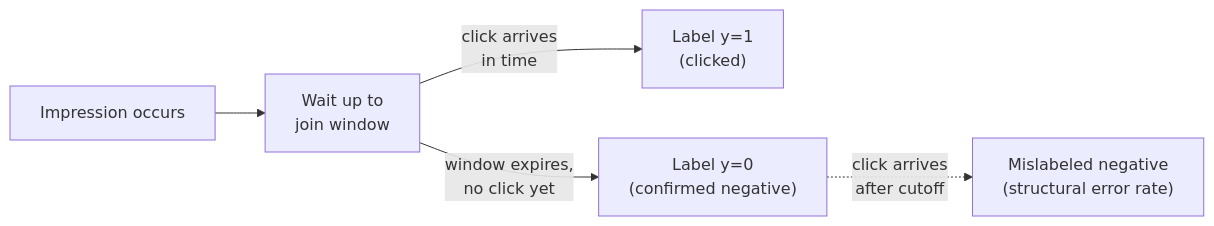
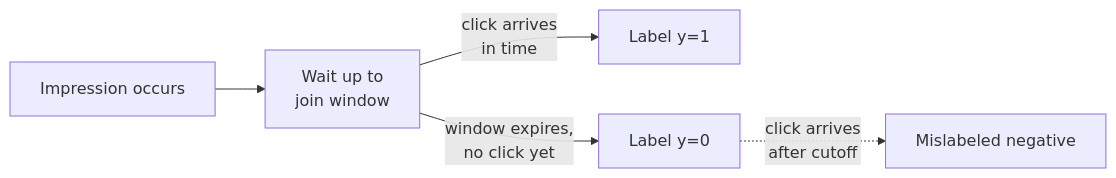
Before and after one commit to romancobblepot/AI-system-design-primer: the first of 7 diagrams in case-studies/ctr-prediction/README.md, drawn with Mermaid. The commit also changed other lines of this file and 49 other files, not shown here.

````diff
--- a/case-studies/ctr-prediction/README.md
+++ b/case-studies/ctr-prediction/README.md
@@ -27,7 +64,7 @@
 ```mermaid
 flowchart LR
     IMP["Impression occurs"] --> WAIT["Wait up to\njoin window"]
-    WAIT -->|"click arrives\nin time"| POS["Label y=1\n(clicked)"]
-    WAIT -->|"window expires,\nno click yet"| NEG["Label y=0\n(confirmed negative)"]
-    NEG -.->|"click arrives\nafter cutoff"| STALE["Mislabeled negative\n(structural error rate)"]
+    WAIT -->|"click arrives\nin time"| POS["Label y=1"]
+    WAIT -->|"window expires,\nno click yet"| NEG["Label y=0"]
+    NEG -.->|"click arrives\nafter cutoff"| STALE["Mislabeled negative"]
 ```
````
